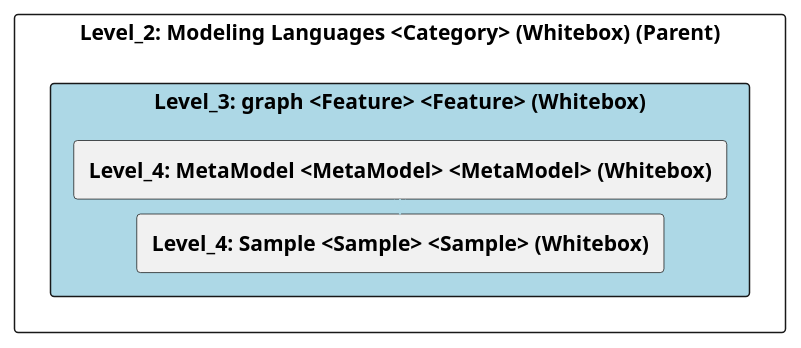
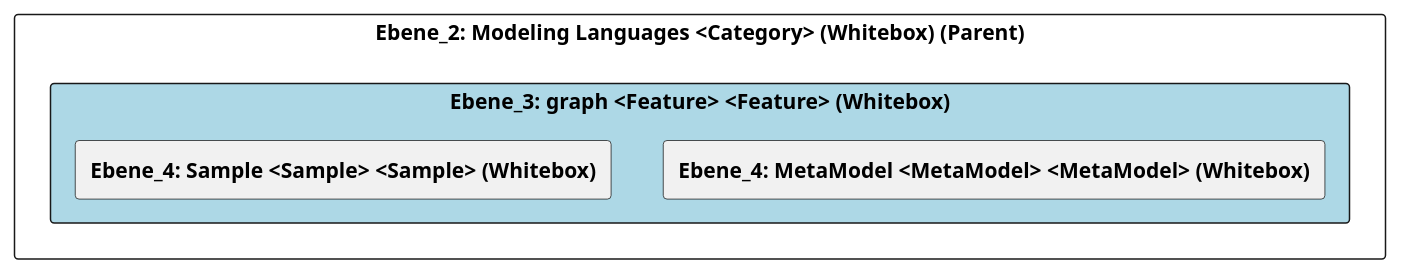
One commit to marcozwyssig/cleon changed the diagram in doc/cleonproject_deliverables_architecture_model_architecture/adoc/de/05_bausteinsicht/cleon/modeling_languages/graph/ebene_3_graph.adoc. Above: the diagram before and after it, drawn with PlantUML. The commit also changed other lines of this file and 150 other files, not shown here.

```diff
--- a/doc/cleonproject_deliverables_architecture_model_architecture/adoc/de/05_bausteinsicht/cleon/modeling_languages/graph/ebene_3_graph.adoc
+++ b/doc/cleonproject_deliverables_architecture_model_architecture/adoc/de/05_bausteinsicht/cleon/modeling_languages/graph/ebene_3_graph.adoc
@@ -20,28 +20,25 @@
-[plantuml, Level_3: graph <Feature> <Feature> (Whitebox)BlockOverview, format="svg"]
+[plantuml, Ebene_3: graph <Feature> <Feature> (Whitebox)BlockOverview, format="svg"]
 ----
-@startuml Level_3: graph <Feature> <Feature> (Whitebox)BuildingBlockOverview
+@startuml Ebene_3: graph <Feature> <Feature> (Whitebox)BuildingBlockOverview
 
 skinparam ranksep 10
 skinparam componentStyle rectangle
 skinparam shadowing false
 skinparam arrowColor lightblue
 skinparam arrowThickness 1.2
 skinparam rectangle {
   BackgroundColor White
   BorderColor #333
   RoundCorner 10
 }
 top to bottom direction
 
-component "Level_2: Modeling Languages <Category> (Whitebox) (Parent)" {
-    component "Level_3: graph <Feature> <Feature> (Whitebox)" #lightblue {
-        [**Level_4: MetaModel <MetaModel> <MetaModel> (Whitebox)**] as 4A570567_D579_11EE_903E_9F564E4DE07E
-        [**Level_4: Sample <Sample> <Sample> (Whitebox)**] as 4A56DE50_D579_11EE_903E_9F564E4DE07E
+component "Ebene_2: Modeling Languages <Category> (Whitebox) (Parent)" {
+    component "Ebene_3: graph <Feature> <Feature> (Whitebox)" #lightblue {
+        [**Ebene_4: MetaModel <MetaModel> <MetaModel> (Whitebox)**] as 4A570567_D579_11EE_903E_9F564E4DE07E
+        [**Ebene_4: Sample <Sample> <Sample> (Whitebox)**] as 4A56DE50_D579_11EE_903E_9F564E4DE07E
     }
-
-    4A570567_D579_11EE_903E_9F564E4DE07E -down-> 4A56DE50_D579_11EE_903E_9F564E4DE07E
-    
 }
 
 @enduml
 ----
```
